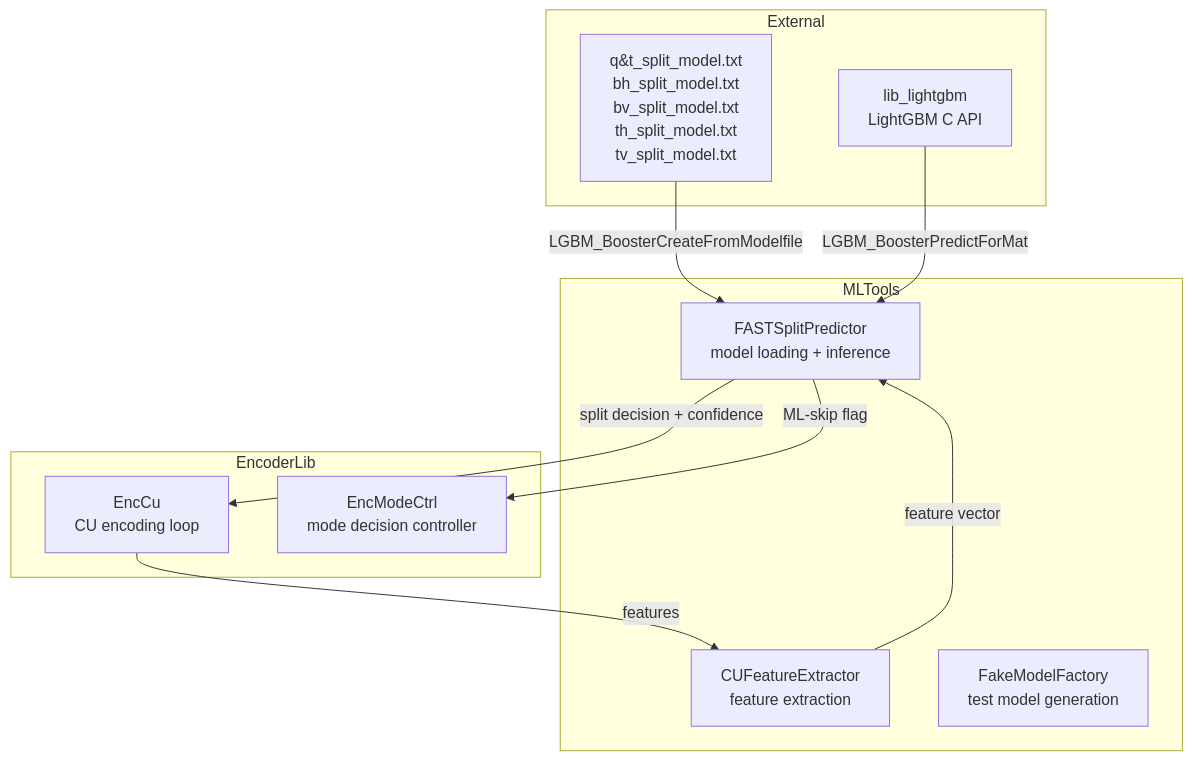
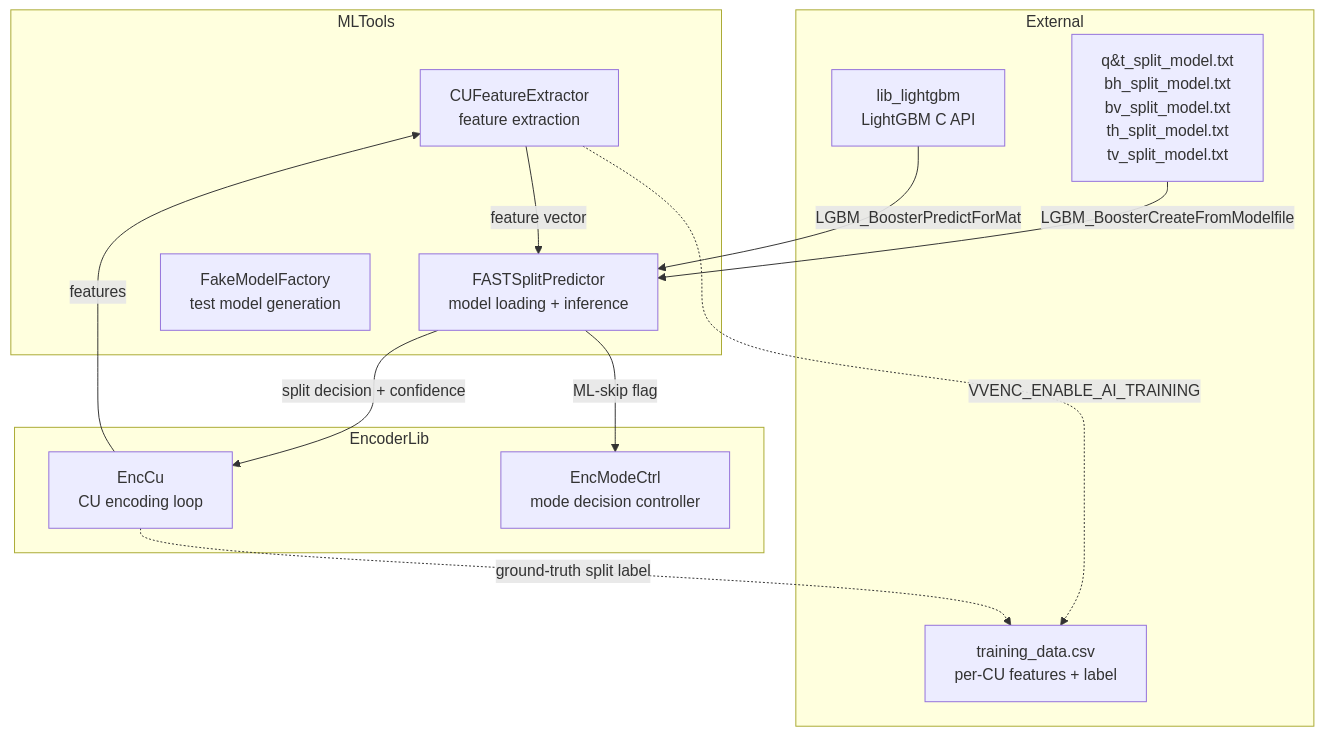
The first of 3 diagrams in source/Lib/MLTools/MLTools.spec.md (opensassi/deepenc), drawn with Mermaid before and after one commit. The commit also changed other lines of this file and 23 other files, not shown here.

````diff
--- a/source/Lib/MLTools/MLTools.spec.md
+++ b/source/Lib/MLTools/MLTools.spec.md
@@ -28,25 +30,29 @@
 ```mermaid
 graph TB
     subgraph MLTools
+        CFE[CUFeatureExtractor<br/>feature extraction]
         FSP[FASTSplitPredictor<br/>model loading + inference]
-        CFE[CUFeatureExtractor<br/>feature extraction]
         FMF[FakeModelFactory<br/>test model generation]
     end
 
     subgraph EncoderLib
         EncCu[EncCu<br/>CU encoding loop]
         EncModeCtrl[EncModeCtrl<br/>mode decision controller]
     end
 
     subgraph External
         ModelFiles[q&amp;t_split_model.txt<br/>bh_split_model.txt<br/>bv_split_model.txt<br/>th_split_model.txt<br/>tv_split_model.txt]
         LightGBM[lib_lightgbm<br/>LightGBM C API]
+        TrainingCSV[training_data.csv<br/>per-CU features + label]
     end
 
     ModelFiles -->|LGBM_BoosterCreateFromModelfile| FSP
     LightGBM -->|LGBM_BoosterPredictForMat| FSP
     EncCu -->|features| CFE
     CFE -->|feature vector| FSP
     FSP -->|split decision + confidence| EncCu
     FSP -->|ML-skip flag| EncModeCtrl
+
+    CFE -.->|VVENC_ENABLE_AI_TRAINING| TrainingCSV
+    EncCu -.->|ground-truth split label| TrainingCSV
 ```
````
